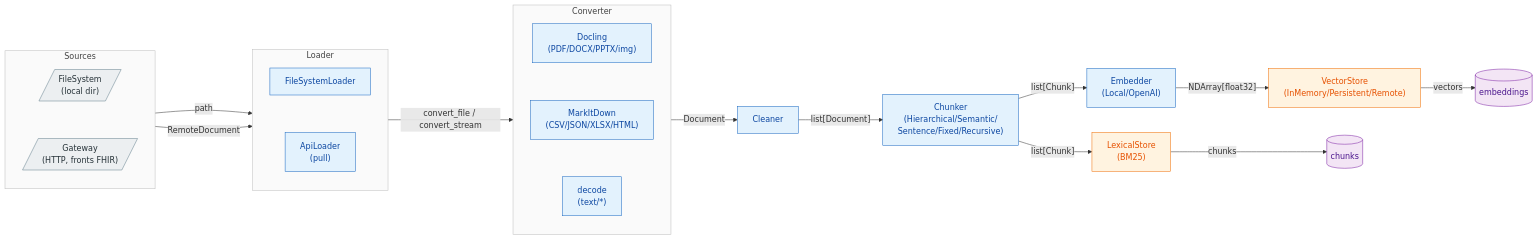
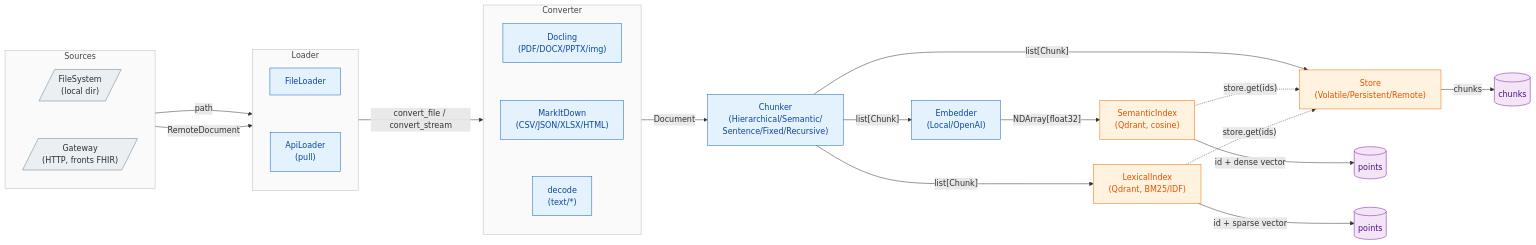
The first of 2 diagrams in docs/architecture.md (DavideFricano/autograph-rag), drawn with Mermaid before and after one commit. The commit also changed other lines of this file and 31 other files, not shown here.

Commit message:
refactor: separate lexical/semantic indexes and unify chunk store

````diff
--- a/docs/architecture.md
+++ b/docs/architecture.md
@@ -7,63 +7,67 @@
 ```mermaid
 flowchart LR
     subgraph SRC[" Sources "]
         direction TB
         srcFs[/" FileSystem<br>(local dir) "/]
         srcGw[/" Gateway<br>(HTTP, fronts FHIR) "/]
         srcFs ~~~ srcGw
     end
 
     subgraph LOAD[" Loader "]
         direction TB
-        ldFs[" FileSystemLoader "]
+        ldFs[" FileLoader "]
         ldApi[" ApiLoader<br>(pull) "]
         ldFs ~~~ ldApi
     end
 
     subgraph CONV[" Converter "]
         direction TB
         cvDocling[" Docling<br>(PDF/DOCX/PPTX/img) "]
         cvMarkit[" MarkItDown<br>(CSV/JSON/XLSX/HTML) "]
         cvText[" decode<br>(text/*) "]
         cvDocling ~~~ cvMarkit ~~~ cvText
     end
 
     srcFs -- path --> ldFs
     srcGw -- RemoteDocument --> ldApi
     LOAD -- "convert_file / convert_stream" --> CONV
-    CONV -- Document --> n2[ Cleaner ]
-    n2 -- list[Document] --> C[" Chunker<br>(Hierarchical/Semantic/<br>Sentence/Fixed/Recursive) "]
+    CONV -- Document --> C[" Chunker<br>(Hierarchical/Semantic/<br>Sentence/Fixed/Recursive) "]
 
-    %% ramo vettoriale
+    %% dato dei chunk: scritto una volta sola nello store condiviso
+    C -- list[Chunk] --> S[" Store<br>(Volatile/Persistent/Remote) "]
+    S -- chunks --> DBc[( chunks )]
+
+    %% indici: solo id + rappresentazione, risolvono i chunk dallo store
     C -- list[Chunk] --> E[" Embedder<br>(Local/OpenAI) "]
-    E -- NDArray[float32] --> S[" VectorStore<br>(InMemory/Persistent/Remote) "]
-    S -- vectors --> DBv[( embeddings )]
-
-    %% ramo lessicale (parallelo; oggi BM25 in-memory, qui a simbolo)
-    C -- list[Chunk] --> L[" LexicalStore<br>(BM25) "]
-    L -- chunks --> DBc[( chunks )]
+    E -- NDArray[float32] --> IV[" SemanticIndex<br>(Qdrant, cosine) "]
+    IV -- "id + dense vector" --> DBv[( points )]
+    C -- list[Chunk] --> IL[" LexicalIndex<br>(Qdrant, BM25/IDF) "]
+    IL -- "id + sparse vector" --> DBs[( points )]
+    IV -.->|"store.get(ids)"| S
+    IL -.->|"store.get(ids)"| S
 
     srcFs:::io
     srcGw:::io
     ldFs:::step
     ldApi:::step
     cvDocling:::step
     cvMarkit:::step
     cvText:::step
-    n2:::step
     C:::step
     E:::step
     S:::store
-    L:::store
+    IV:::store
+    IL:::store
     DBv:::db
+    DBs:::db
     DBc:::db
     SRC:::group
     LOAD:::group
     CONV:::group
 
     classDef io fill:#eceff1,stroke:#607d8b,color:#263238
     classDef step fill:#e3f2fd,stroke:#1565c0,color:#0d47a1
     classDef store fill:#fff3e0,stroke:#ef6c00,color:#e65100
     classDef db fill:#f3e5f5,stroke:#7b1fa2,color:#4a148c
     classDef group fill:#fafafa,stroke:#bdbdbd,color:#424242
 ```
````
